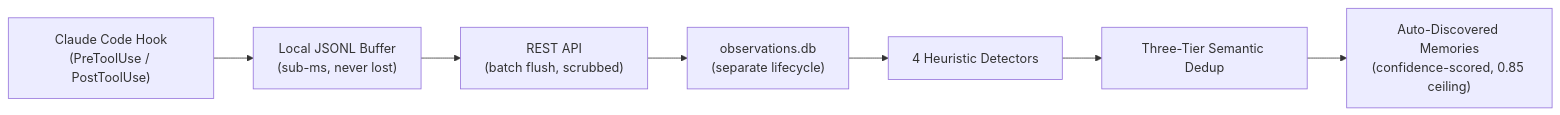
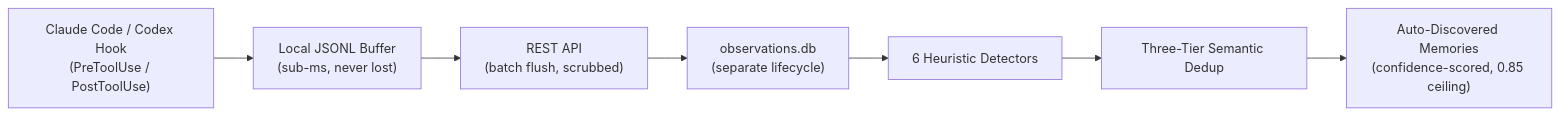
Before and after one commit to dyanko89/portfolio: the third of 4 diagrams in content/projects/memory-mcp.mdx, drawn with Mermaid. The commit also changed other lines of this file and 2 other files, not shown here.

````diff
--- a/content/projects/memory-mcp.mdx
+++ b/content/projects/memory-mcp.mdx
@@ -184,9 +178,9 @@
 ```mermaid
 graph LR
-    H["Claude Code Hook<br/>(PreToolUse / PostToolUse)"] --> B["Local JSONL Buffer<br/>(sub-ms, never lost)"]
+    H["Claude Code / Codex Hook<br/>(PreToolUse / PostToolUse)"] --> B["Local JSONL Buffer<br/>(sub-ms, never lost)"]
     B --> A["REST API<br/>(batch flush, scrubbed)"]
     A --> O["observations.db<br/>(separate lifecycle)"]
-    O --> D["4 Heuristic Detectors"]
+    O --> D["6 Heuristic Detectors"]
     D --> S["Three-Tier Semantic Dedup"]
     S --> M["Auto-Discovered Memories<br/>(confidence-scored, 0.85 ceiling)"]
 ```
````
